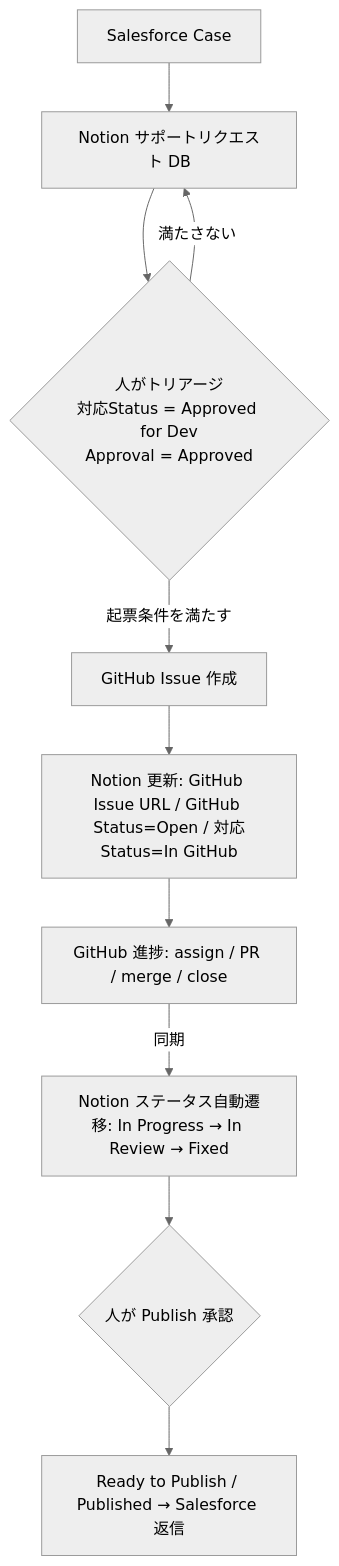
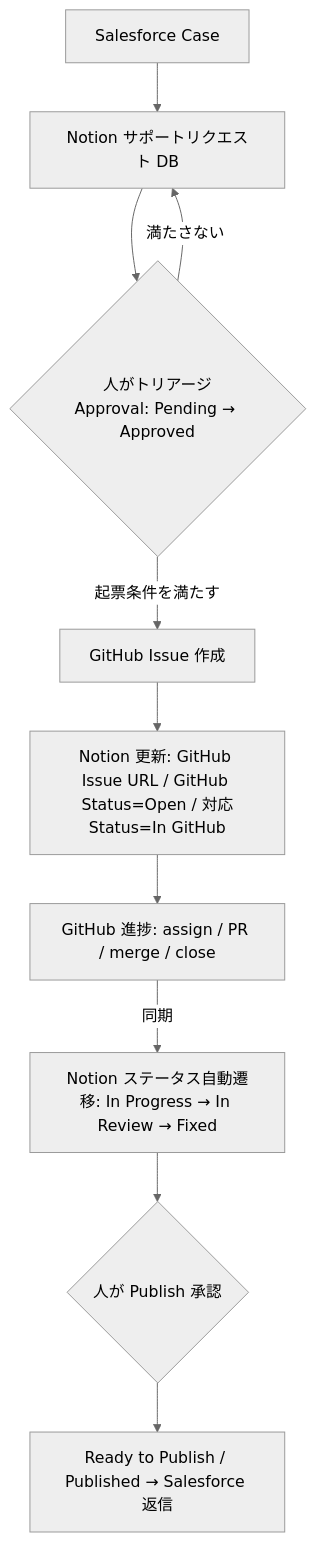
One commit to AoiNotion/Aoi_test changed the diagram in docs/notion-github-agent-design.md. Above: the diagram before and after it, drawn with Mermaid (neutral theme). The commit also changed other lines of this file, not shown here.

First line of the commit message:
Fix issue-creation gate to Approval Pending→Approved

````diff
--- a/docs/notion-github-agent-design.md
+++ b/docs/notion-github-agent-design.md
@@ -21,12 +21,12 @@
 ```mermaid
 flowchart TD
   A["Salesforce Case"] --> B["Notion サポートリクエスト DB"]
-  B --> C{"人がトリアージ<br>対応Status = Approved for Dev<br>Approval = Approved"}
+  B --> C{"人がトリアージ<br>Approval: Pending → Approved"}
   C -->|"起票条件を満たす"| D["GitHub Issue 作成"]
   C -->|"満たさない"| B
   D --> E["Notion 更新: GitHub Issue URL / GitHub Status=Open / 対応Status=In GitHub"]
   E --> F["GitHub 進捗: assign / PR / merge / close"]
   F -->|"同期"| G["Notion ステータス自動遷移: In Progress → In Review → Fixed"]
   G --> H{"人が Publish 承認"}
   H --> I["Ready to Publish / Published → Salesforce 返信"]
 ```
````
